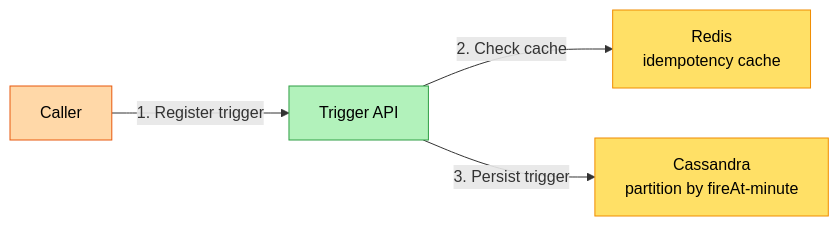
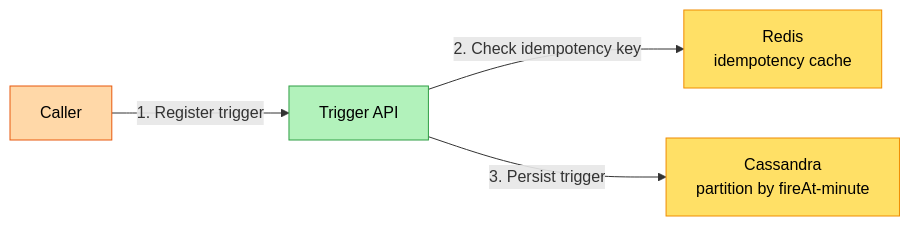
One commit to iluzn/HLD-Designs changed the third of 10 diagrams in content/hld/DelayedTriggerService.md. Above: the diagram before and after it, drawn with Mermaid. The commit also changed other lines of this file and 27 other files, not shown here.

````diff
--- a/content/hld/DelayedTriggerService.md
+++ b/content/hld/DelayedTriggerService.md
@@ -207,13 +207,13 @@
 ```mermaid
 flowchart LR
   Caller["Caller"] -->|"1. Register trigger"| API["Trigger API"]
-  API -->|"2. Check cache"| Idem["Redis<br/>idempotency cache"]
+  API -->|"2. Check idempotency key"| Idem["Redis<br/>idempotency cache"]
   API -->|"3. Persist trigger"| DB["Cassandra<br/>partition by fireAt-minute"]
 
   classDef client fill:#FFD8A8,stroke:#E8590C,color:#000
   classDef service fill:#B2F2BB,stroke:#2F9E44,color:#000
   classDef data fill:#FFE066,stroke:#F08C00,color:#000
   class Caller client
   class API service
   class Idem,DB data
 ```
````
